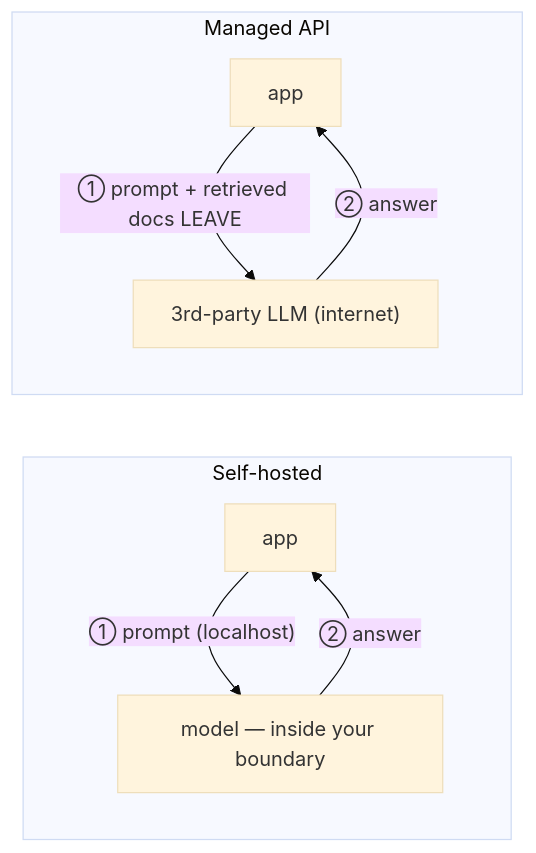
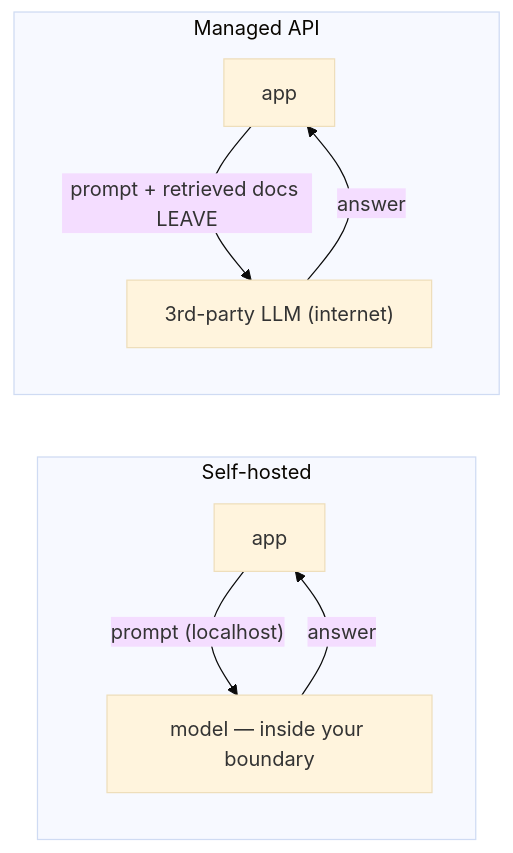
Before and after one commit to ryayres-fox/Security: the tenth of 11 diagrams in lab-journal/rag-and-ai-probe.md, drawn with Mermaid (base theme). The commit also changed other lines of this file and 1 other file, not shown here.

First line of the commit message:
lab-journal: one numbering rule in every diagram, and every flowchart reads left to right

````diff
--- a/lab-journal/rag-and-ai-probe.md
+++ b/lab-journal/rag-and-ai-probe.md
@@ -489,11 +490,11 @@
 ```mermaid
 graph LR
   subgraph S["Self-hosted"]
-    A1["app"] -->|"① prompt (localhost)"| M1s["model — inside your boundary"]
-    M1s -->|"② answer"| A1
+    A1["app"] -->|"prompt (localhost)"| M1s["model — inside your boundary"]
+    M1s -->|"answer"| A1
   end
   subgraph MG["Managed API"]
-    A2["app"] -->|"① prompt + retrieved docs LEAVE"| EXT["3rd-party LLM (internet)"]
-    EXT -->|"② answer"| A2
+    A2["app"] -->|"prompt + retrieved docs LEAVE"| EXT["3rd-party LLM (internet)"]
+    EXT -->|"answer"| A2
   end
 ```
````
